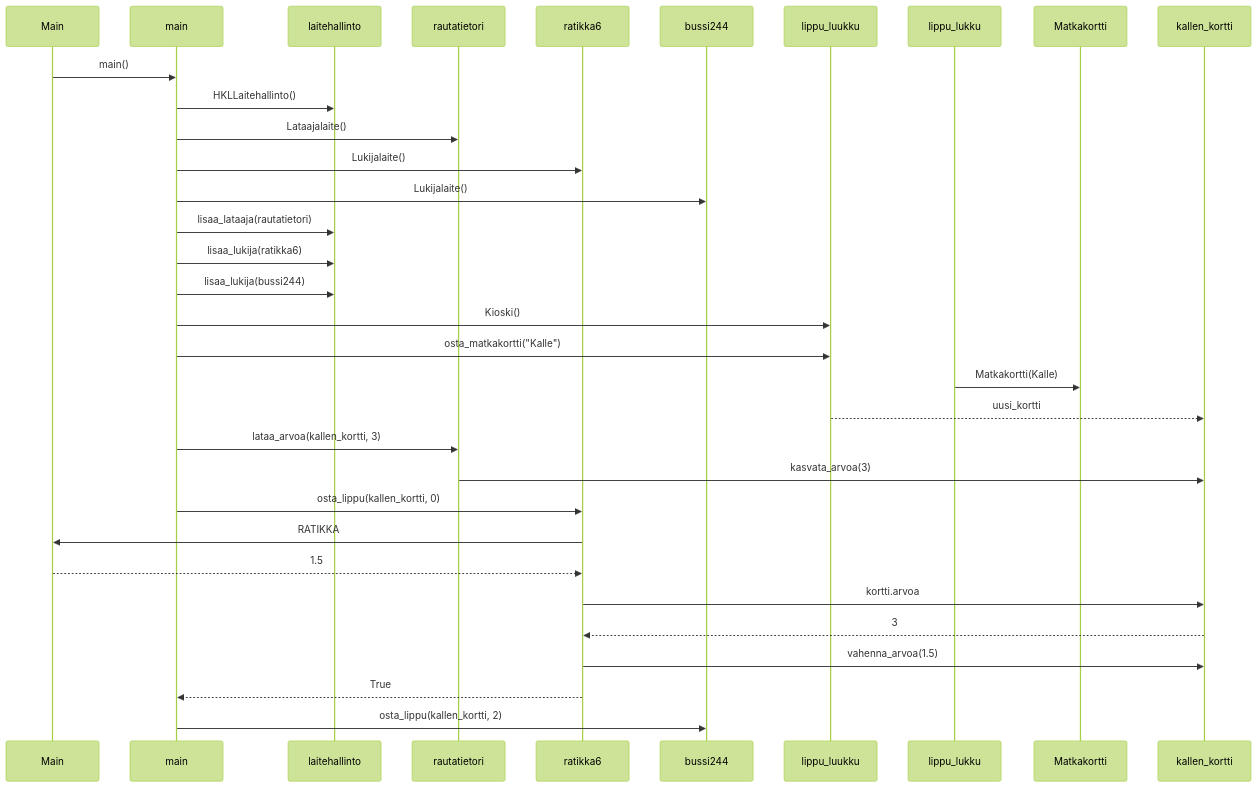
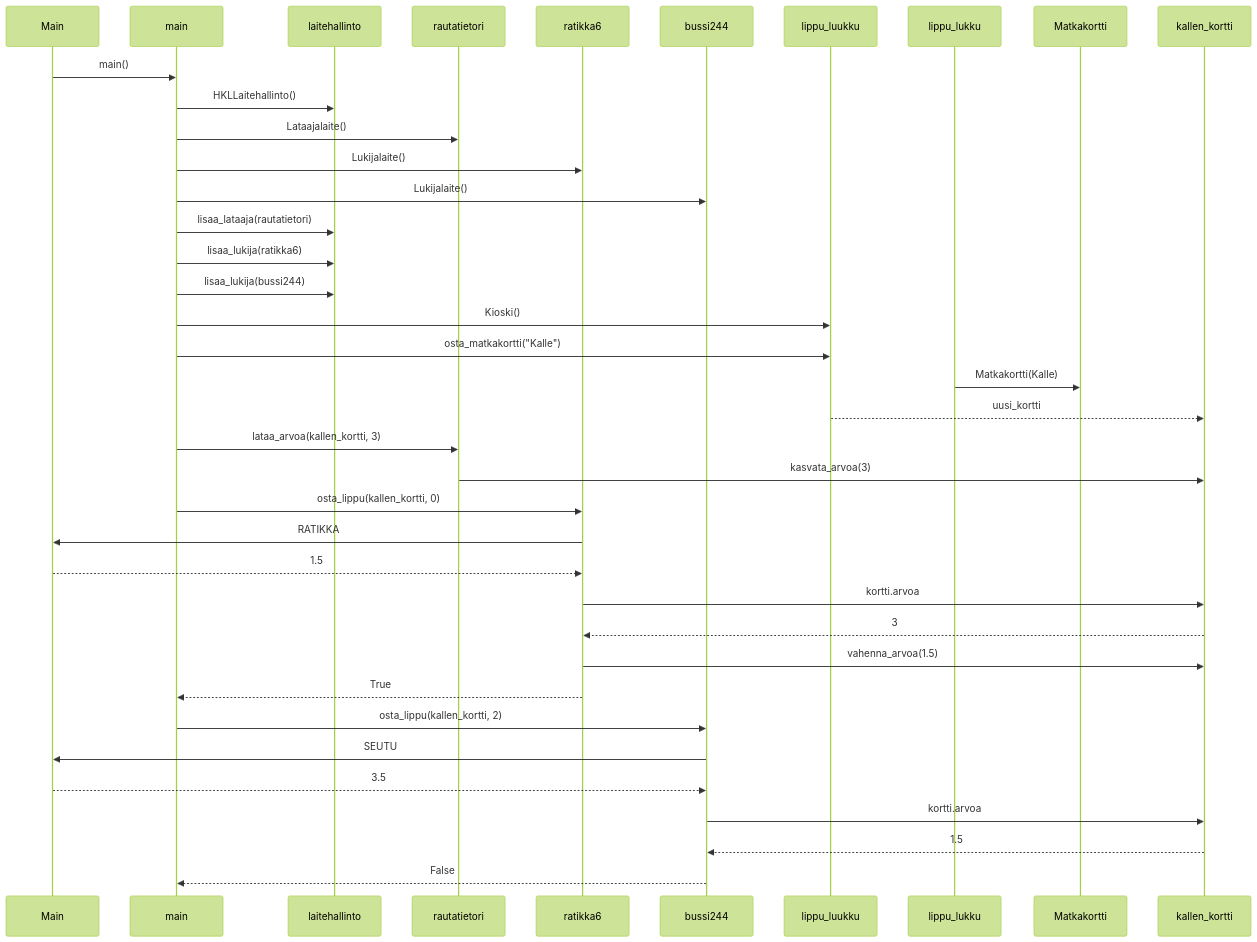
The diagram in laskarit/viikko3/task4.md (lenbie/Expense-Tracker-Project), drawn with Mermaid (forest theme) before and after one commit.

````diff
--- a/laskarit/viikko3/task4.md
+++ b/laskarit/viikko3/task4.md
@@ -1,29 +1,32 @@
 ```mermaid
   sequenceDiagram
   Main->>main: main()
   main->>laitehallinto: HKLLaitehallinto()
   main->>rautatietori: Lataajalaite()
   main->>ratikka6: Lukijalaite()
   main->>bussi244: Lukijalaite()
   main->>laitehallinto: lisaa_lataaja(rautatietori)
   main->>laitehallinto: lisaa_lukija(ratikka6)
   main->>laitehallinto: lisaa_lukija(bussi244)
   main->>lippu_luukku: Kioski()
   main->>lippu_luukku: osta_matkakortti("Kalle")
   lippu_lukku->>Matkakortti: Matkakortti(Kalle)
   lippu_luukku-->>kallen_kortti: uusi_kortti
   main->>rautatietori: lataa_arvoa(kallen_kortti, 3)
   rautatietori->>kallen_kortti: kasvata_arvoa(3)
   main->>ratikka6: osta_lippu(kallen_kortti, 0)
   ratikka6->>Main: RATIKKA
   Main-->>ratikka6: 1.5
   ratikka6->>kallen_kortti: kortti.arvoa
   kallen_kortti-->>ratikka6: 3
   ratikka6->>kallen_kortti: vahenna_arvoa(1.5)
   ratikka6-->>main: True
   main->>bussi244: osta_lippu(kallen_kortti, 2)
-  
-  
+  bussi244->>Main: SEUTU
+  Main-->>bussi244: 3.5
+  bussi244->>kallen_kortti: kortti.arvoa
+  kallen_kortti-->>bussi244: 1.5
+  bussi244-->>main: False
   
   
 ```
````
